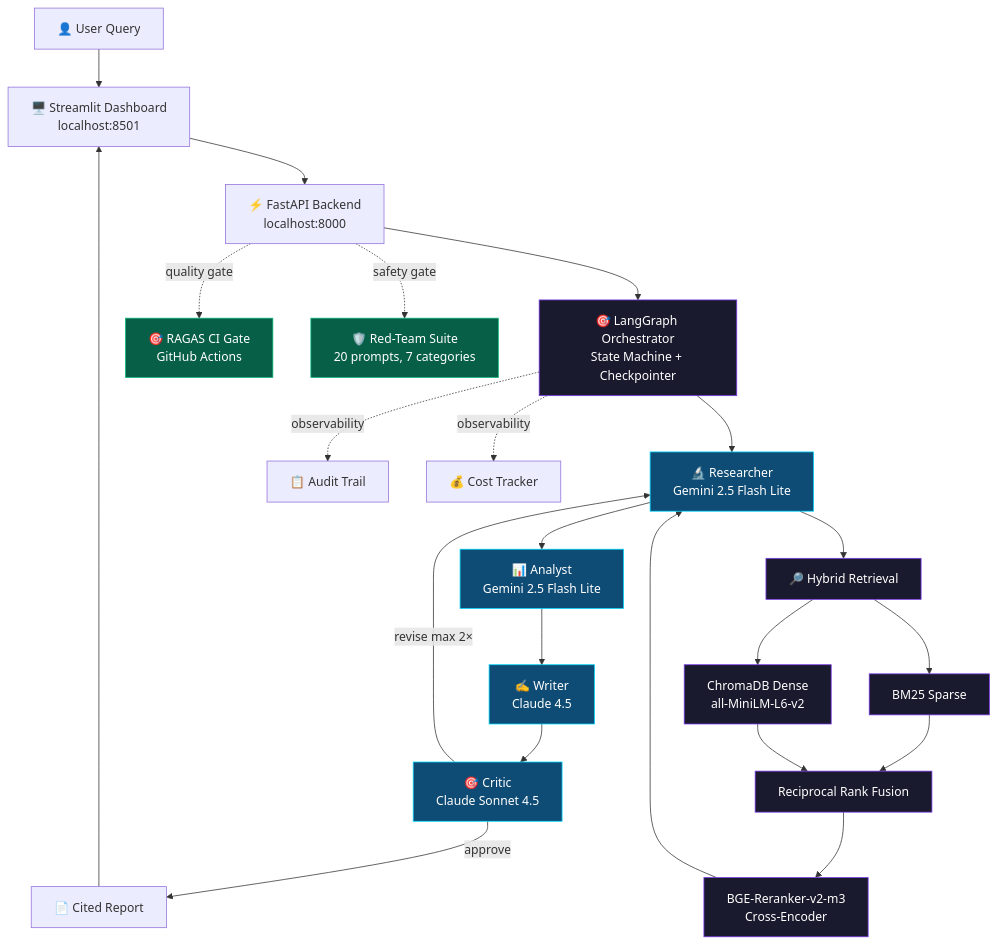
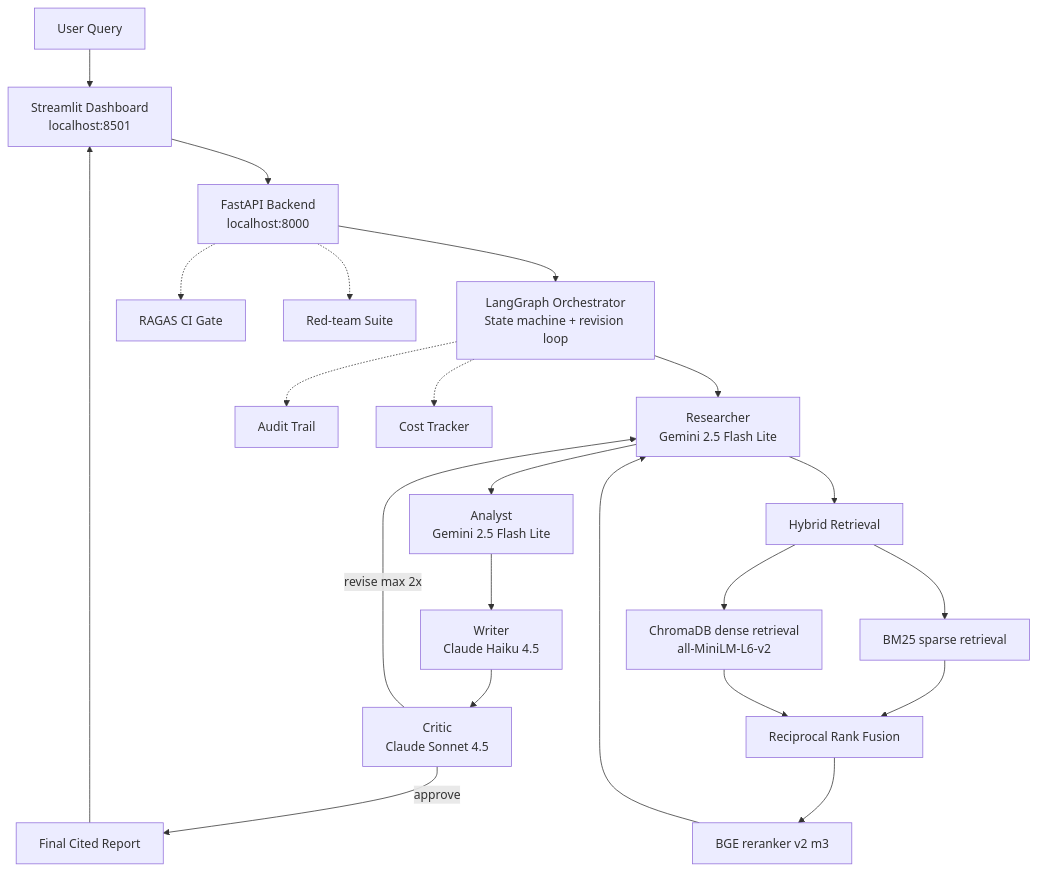
Before and after one commit to yaswankum2622-code/cortexagent: the diagram in README.md, drawn with Mermaid. The commit also changed other lines of this file and 1 other file, not shown here.

````diff
--- a/README.md
+++ b/README.md
@@ -141,37 +97,28 @@
 ```mermaid
 graph TB
-    User[👤 User Query] --> UI[🖥️ Streamlit Dashboard<br/>localhost:8501]
-    UI --> API[⚡ FastAPI Backend<br/>localhost:8000]
-    API --> Orch[🎯 LangGraph Orchestrator<br/>State Machine + Checkpointer]
+    User[User Query] --> UI[Streamlit Dashboard<br/>localhost:8501]
+    UI --> API[FastAPI Backend<br/>localhost:8000]
+    API --> Orch[LangGraph Orchestrator<br/>State machine + revision loop]
 
-    Orch --> R[🔬 Researcher<br/>Gemini 2.5 Flash Lite]
-    R --> A[📊 Analyst<br/>Gemini 2.5 Flash Lite]
-    A --> W[✍️ Writer<br/>Claude 4.5]
-    W --> C[🎯 Critic<br/>Claude Sonnet 4.5]
+    Orch --> R[Researcher<br/>Gemini 2.5 Flash Lite]
+    R --> A[Analyst<br/>Gemini 2.5 Flash Lite]
+    A --> W[Writer<br/>Claude Haiku 4.5]
+    W --> C[Critic<br/>Claude Sonnet 4.5]
 
-    C -->|approve| Final[📄 Cited Report]
-    C -->|revise max 2×| R
+    C -->|approve| Final[Final Cited Report]
+    C -->|revise max 2x| R
 
-    R --> Hybrid[🔎 Hybrid Retrieval]
-    Hybrid --> BM25[BM25 Sparse]
-    Hybrid --> Dense[ChromaDB Dense<br/>all-MiniLM-L6-v2]
+    R --> Hybrid[Hybrid Retrieval]
+    Hybrid --> BM25[BM25 sparse retrieval]
+    Hybrid --> Dense[ChromaDB dense retrieval<br/>all-MiniLM-L6-v2]
     BM25 --> RRF[Reciprocal Rank Fusion]
     Dense --> RRF
-    RRF --> Rerank[BGE-Reranker-v2-m3<br/>Cross-Encoder]
+    RRF --> Rerank[BGE reranker v2 m3]
     Rerank --> R
 
-    Orch -.observability.-> Audit[📋 Audit Trail]
-    Orch -.observability.-> Cost[💰 Cost Tracker]
-
-    API -.quality gate.-> RAGAS[🎯 RAGAS CI Gate<br/>GitHub Actions]
-    API -.safety gate.-> RedTeam[🛡️ Red-Team Suite<br/>20 prompts, 7 categories]
-
+    Orch -.-> Audit[Audit Trail]
+    Orch -.-> Cost[Cost Tracker]
+    API -.-> RAGAS[RAGAS CI Gate]
+    API -.-> RedTeam[Red-team Suite]
     Final --> UI
-
-    classDef agent fill:#0F4C75,stroke:#00D9FF,color:#fff
-    classDef infra fill:#1A1A2E,stroke:#7C3AED,color:#fff
-    classDef safety fill:#065F46,stroke:#10B981,color:#fff
-    class R,A,W,C agent
-    class Hybrid,BM25,Dense,RRF,Rerank,Orch infra
-    class RAGAS,RedTeam safety
 ```
````
